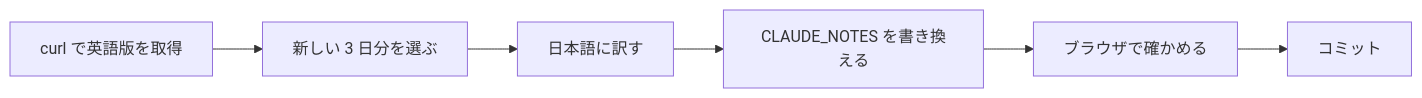
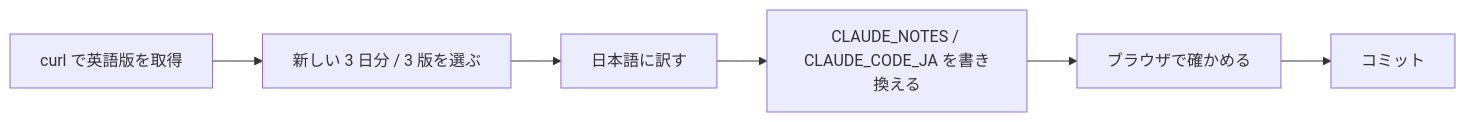
Before and after one commit to ytani01/jp-long-typing: the diagram in .claude/skills/update-release-notes/SKILL.md, drawn with Mermaid. The commit also changed other lines of this file and 10 other files, not shown here.

First line of the commit message:
feat(news): Claude Code の CHANGELOG の日本語版を埋め込む（TODO-020）

````diff
--- a/.claude/skills/update-release-notes/SKILL.md
+++ b/.claude/skills/update-release-notes/SKILL.md
@@ -15,4 +21,4 @@
 ```mermaid
 flowchart LR
-  A[curl で英語版を取得] --> B[新しい 3 日分を選ぶ] --> C[日本語に訳す] --> D[CLAUDE_NOTES を書き換える] --> E[ブラウザで確かめる] --> F[コミット]
+  A[curl で英語版を取得] --> B[新しい 3 日分 / 3 版を選ぶ] --> C[日本語に訳す] --> D[CLAUDE_NOTES / CLAUDE_CODE_JA を書き換える] --> E[ブラウザで確かめる] --> F[コミット]
 ```
````
